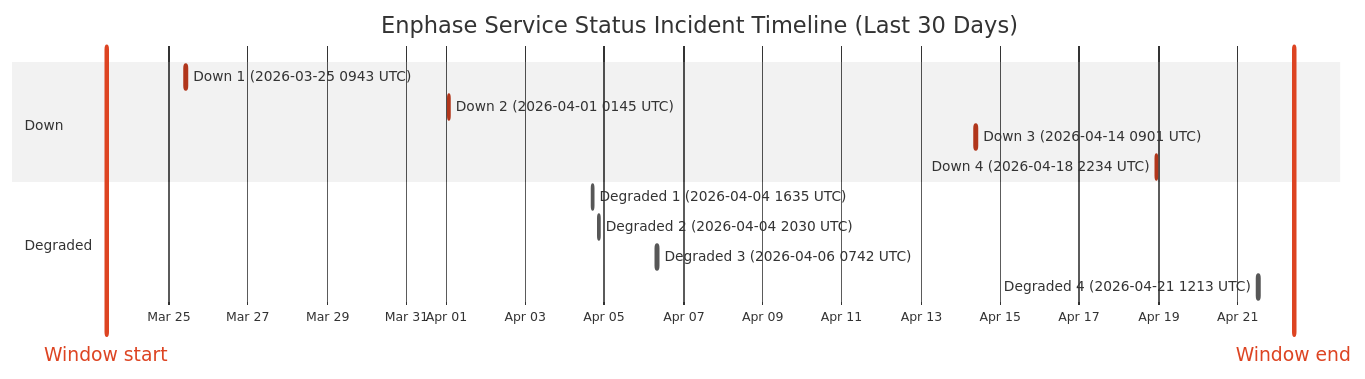
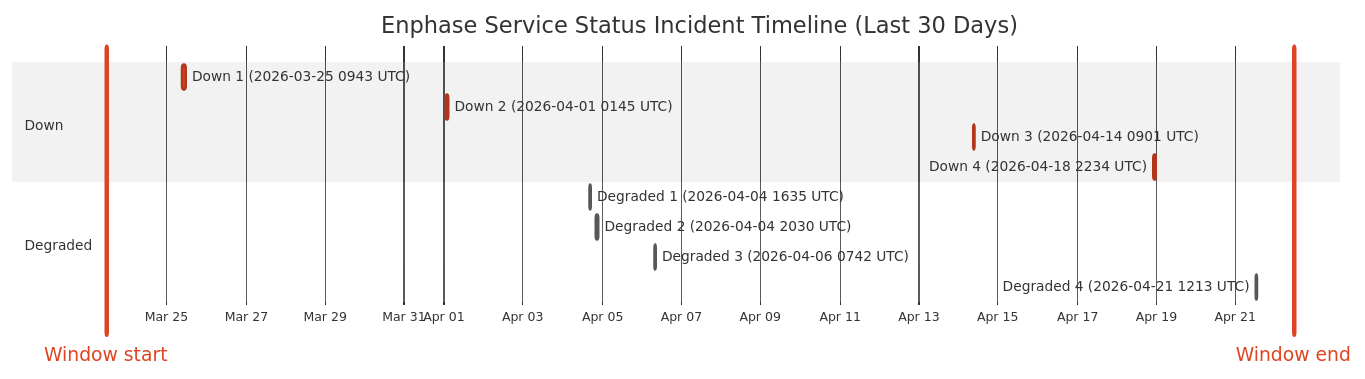
The diagram in wiki/Service-Status-History.md (barneyonline/ha-enphase-ev-charger), drawn with Mermaid (neutral theme) before and after one commit. The commit also changed other lines of this file and 3 other files, not shown here.

````diff
--- a/wiki/Service-Status-History.md
+++ b/wiki/Service-Status-History.md
@@ -14,18 +14,18 @@
 ```mermaid
 gantt
     title Enphase Service Status Incident Timeline (Last 30 Days)
     dateFormat  YYYY-MM-DDTHH:mm:ss
     axisFormat  %b %d
-    Window start :vert, window-start, 2026-03-23T09:59:42, 0ms
-    Window end :vert, window-end, 2026-04-22T09:59:42, 0ms
+    Window start :vert, window-start, 2026-03-23T11:16:14, 0ms
+    Window end :vert, window-end, 2026-04-22T11:16:14, 0ms
     section Down
     Down 1 (2026-03-25 0943 UTC) :crit, down-1, 2026-03-25T09:43:28, 111m
     Down 2 (2026-04-01 0145 UTC) :crit, down-2, 2026-04-01T01:45:09, 60m
     Down 3 (2026-04-14 0901 UTC) :crit, down-3, 2026-04-14T09:01:13, 60m
     Down 4 (2026-04-18 2234 UTC) :crit, down-4, 2026-04-18T22:34:13, 60m
     section Degraded
     Degraded 1 (2026-04-04 1635 UTC) :active, degraded-1, 2026-04-04T16:35:17, 60m
     Degraded 2 (2026-04-04 2030 UTC) :active, degraded-2, 2026-04-04T20:30:40, 60m
     Degraded 3 (2026-04-06 0742 UTC) :active, degraded-3, 2026-04-06T07:42:09, 85m
     Degraded 4 (2026-04-21 1213 UTC) :active, degraded-4, 2026-04-21T12:13:11, 60m
 ```
````
